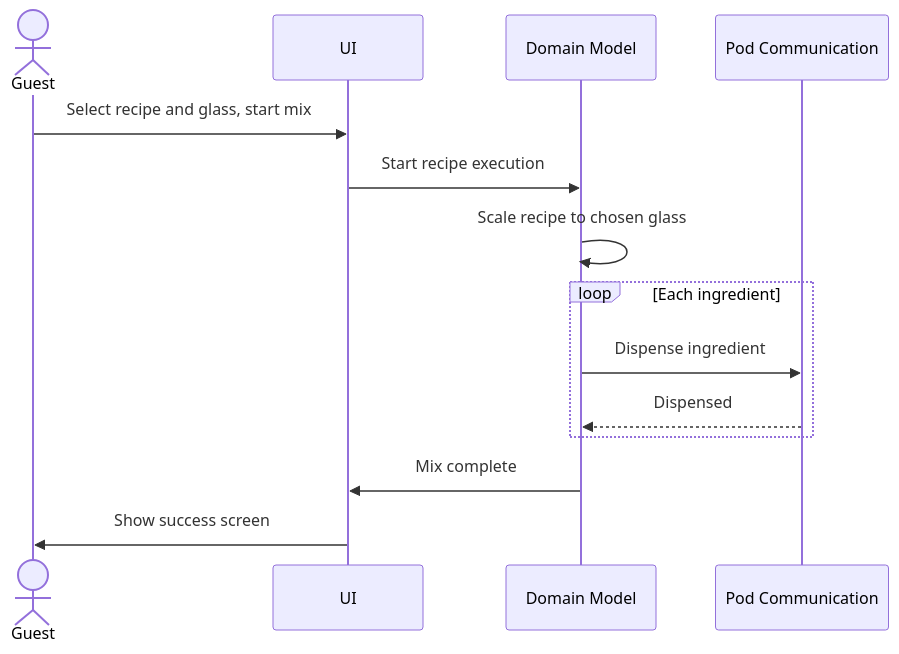
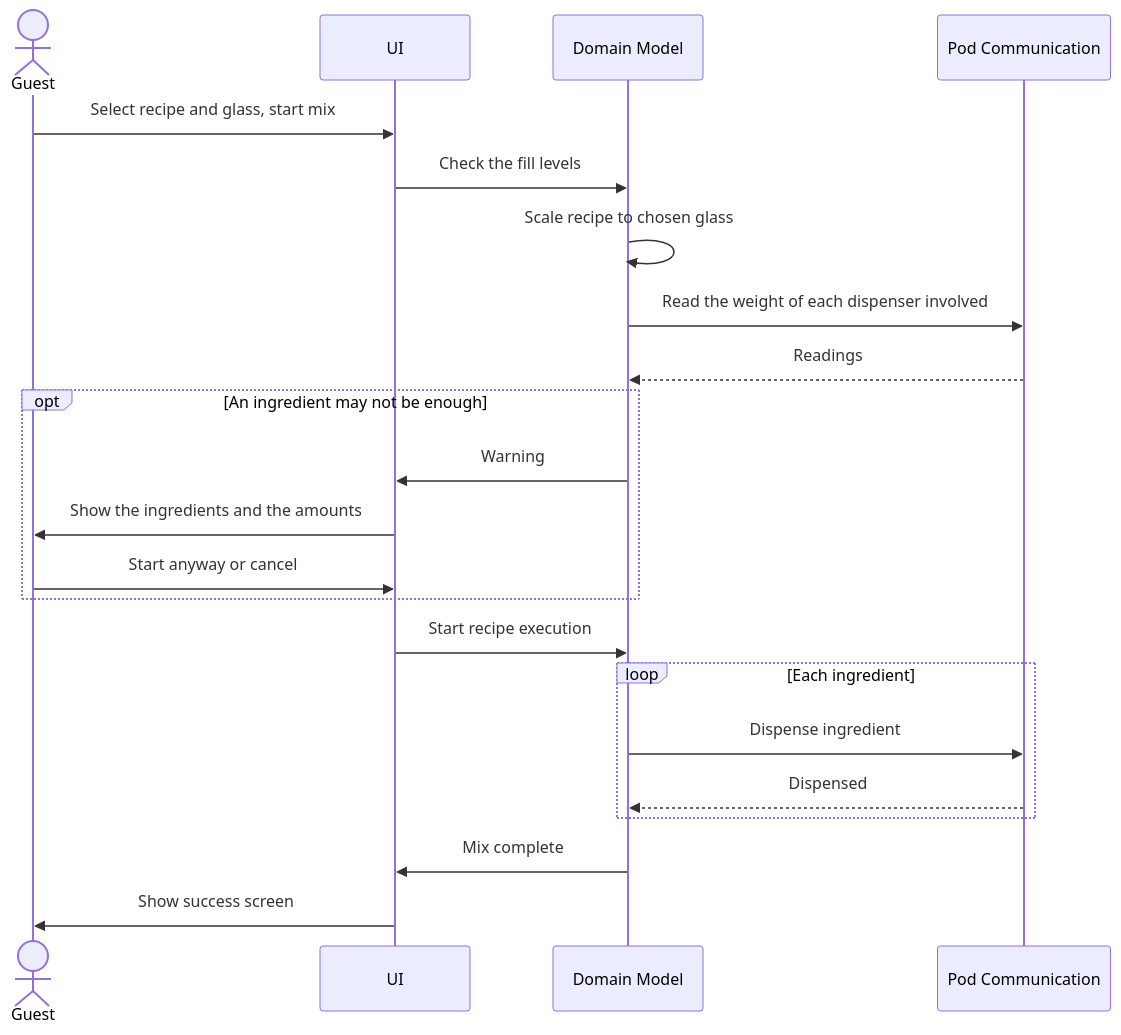
One commit to mathisloge/cocktail-maker changed the second of 5 diagrams in docs/station/modules/ROOT/pages/runtime-view.adoc. Above: the diagram before and after it, drawn with Mermaid. The commit also changed other lines of this file and 11 other files, not shown here.

```diff
--- a/docs/station/modules/ROOT/pages/runtime-view.adoc
+++ b/docs/station/modules/ROOT/pages/runtime-view.adoc
@@ -31,18 +34,26 @@
 [mermaid, target="runtime-guest-mixes", format="svg"]
 ....
 sequenceDiagram
     actor Guest
     participant UI
     participant Domain as Domain Model
     participant PodComm as Pod Communication
 
     Guest->>UI: Select recipe and glass, start mix
+    UI->>Domain: Check the fill levels
+    Domain->>Domain: Scale recipe to chosen glass
+    Domain->>PodComm: Read the weight of each dispenser involved
+    PodComm-->>Domain: Readings
+    opt An ingredient may not be enough
+        Domain->>UI: Warning
+        UI->>Guest: Show the ingredients and the amounts
+        Guest->>UI: Start anyway or cancel
+    end
     UI->>Domain: Start recipe execution
-    Domain->>Domain: Scale recipe to chosen glass
     loop Each ingredient
         Domain->>PodComm: Dispense ingredient
         PodComm-->>Domain: Dispensed
     end
     Domain->>UI: Mix complete
     UI->>Guest: Show success screen
 ....
```
